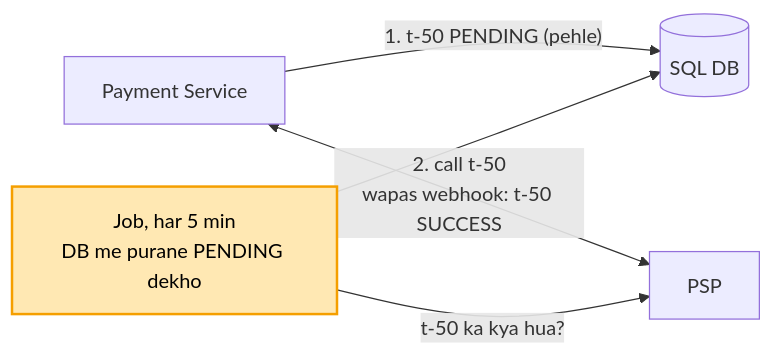
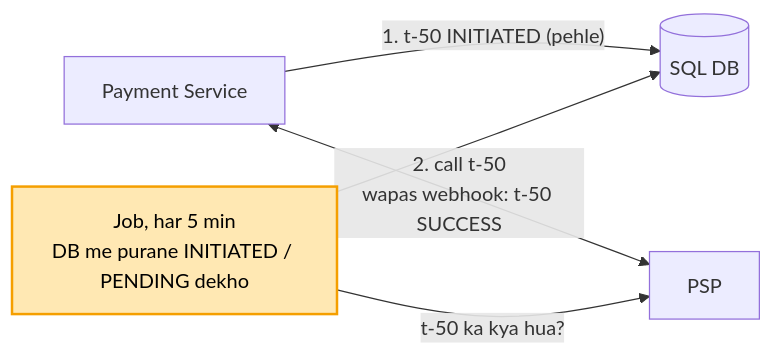
The third of 6 diagrams in 04_HLD/SYSTEM_DESIGNS/06_payment_system/06_payment_system.md (ArpanMaheshwari144/Prep), drawn with Mermaid before and after one commit. The commit also changed other lines of this file, not shown here.

Commit message:
payment: INITIATED = call se pehle, PENDING = call gayi jawab nahi; kadam 4 me INITIATED

````diff
--- a/04_HLD/SYSTEM_DESIGNS/06_payment_system/06_payment_system.md
+++ b/04_HLD/SYSTEM_DESIGNS/06_payment_system/06_payment_system.md
@@ -165,8 +174,8 @@
 ```mermaid
 flowchart LR
-    S["Payment Service"] -- "1. t-50 PENDING (pehle)" --> D[("SQL DB")]
+    S["Payment Service"] -- "1. t-50 INITIATED (pehle)" --> D[("SQL DB")]
     S <-->|"2. call t-50<br/>wapas webhook: t-50 SUCCESS"| P["PSP"]
-    J["Job, har 5 min<br/>DB me purane PENDING dekho"] --> D
+    J["Job, har 5 min<br/>DB me purane INITIATED / PENDING dekho"] --> D
     J -- "t-50 ka kya hua?" --> P
     style J fill:#ffe8b3,stroke:#f59f00,stroke-width:2px,color:#000
 ```
````
